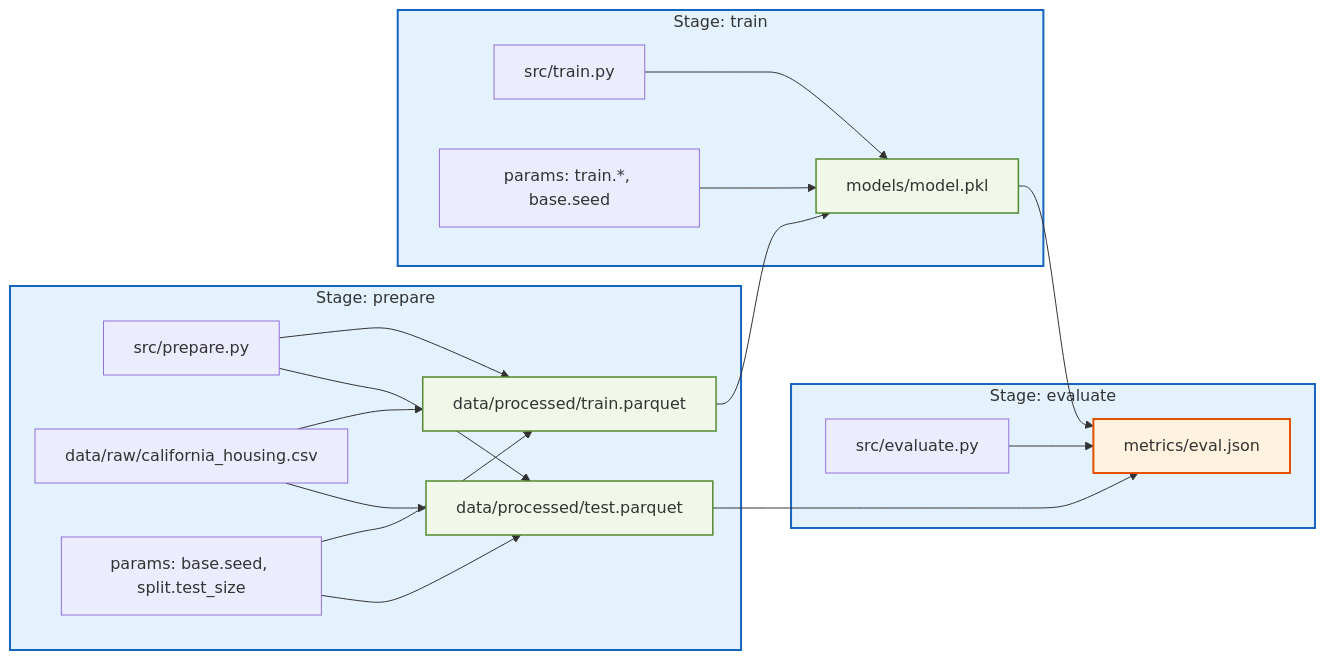
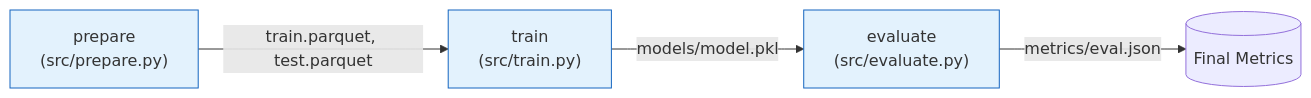
One commit to m-hassanqureshi/california_housing_mlops changed the third of 3 diagrams in PLAN.md. Above: the diagram before and after it, drawn with Mermaid. The commit also changed other lines of this file and 19 other files, not shown here.

````diff
--- a/PLAN.md
+++ b/PLAN.md
@@ -943,32 +174,9 @@
 ```mermaid
 flowchart LR
-    subgraph S1["Stage: prepare"]
-        A1["src/prepare.py"]
-        A2["data/raw/california_housing.csv"]
-        A3["params: base.seed, split.test_size"]
-        O1["data/processed/train.parquet"]
-        O2["data/processed/test.parquet"]
-        A1 & A2 & A3 --> O1 & O2
-    end
+    P["prepare<br/>(src/prepare.py)"] -->|train.parquet, test.parquet| T["train<br/>(src/train.py)"]
+    T -->|models/model.pkl| E["evaluate<br/>(src/evaluate.py)"]
+    E -->|metrics/eval.json| M[("Final Metrics")]
 
-    subgraph S2["Stage: train"]
-        B1["src/train.py"]
-        B2["params: train.*, base.seed"]
-        O3["models/model.pkl"]
-        O1 & B1 & B2 --> O3
-    end
-
-    subgraph S3["Stage: evaluate"]
-        C1["src/evaluate.py"]
-        M1["metrics/eval.json"]
-        O2 & O3 & C1 --> M1
-    end
-
-    classDef stage fill:#e3f2fd,stroke:#1565c0,stroke-width:2px;
-    classDef art fill:#f1f8e9,stroke:#558b2f,stroke-width:1.5px;
-    classDef metric fill:#fff3e0,stroke:#e65100,stroke-width:2px;
-
-    class S1,S2,S3 stage;
-    class O1,O2,O3 art;
-    class M1 metric;
+    classDef stage fill:#e3f2fd,stroke:#1565c0;
+    class P,T,E stage;
 ```
````
